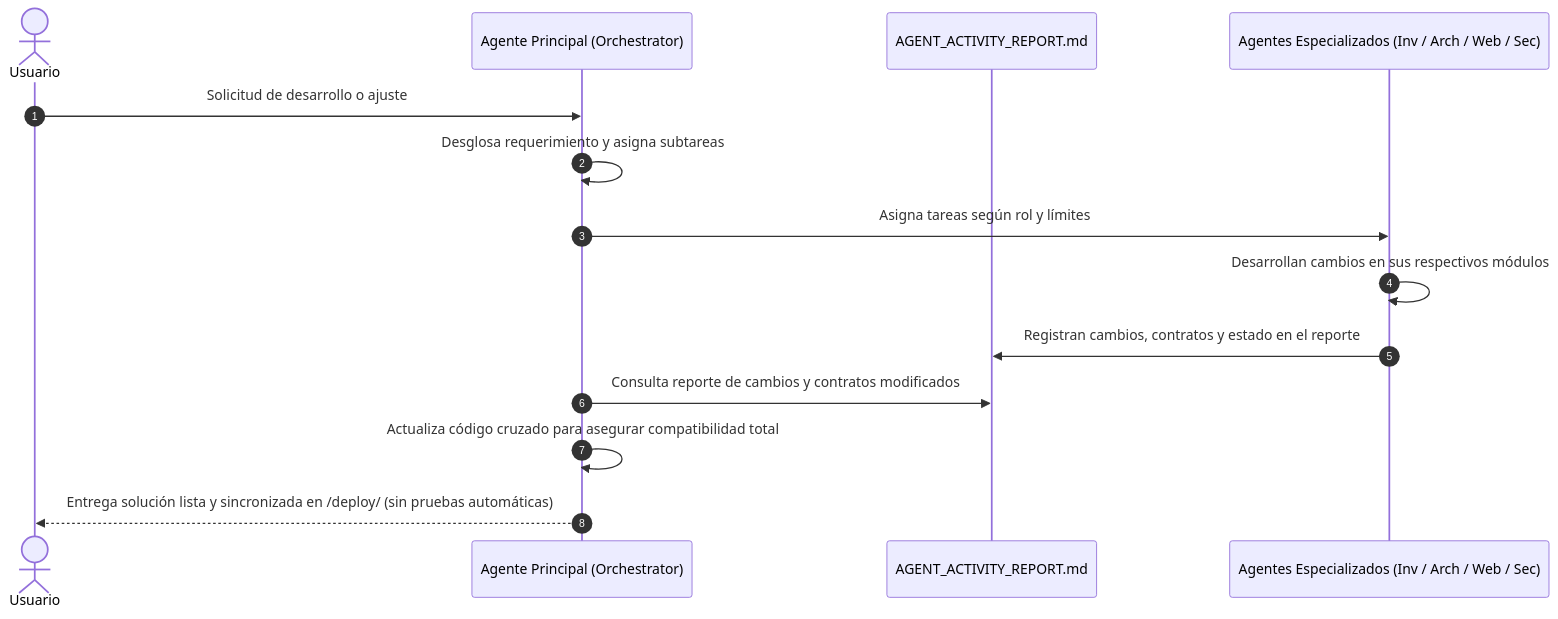
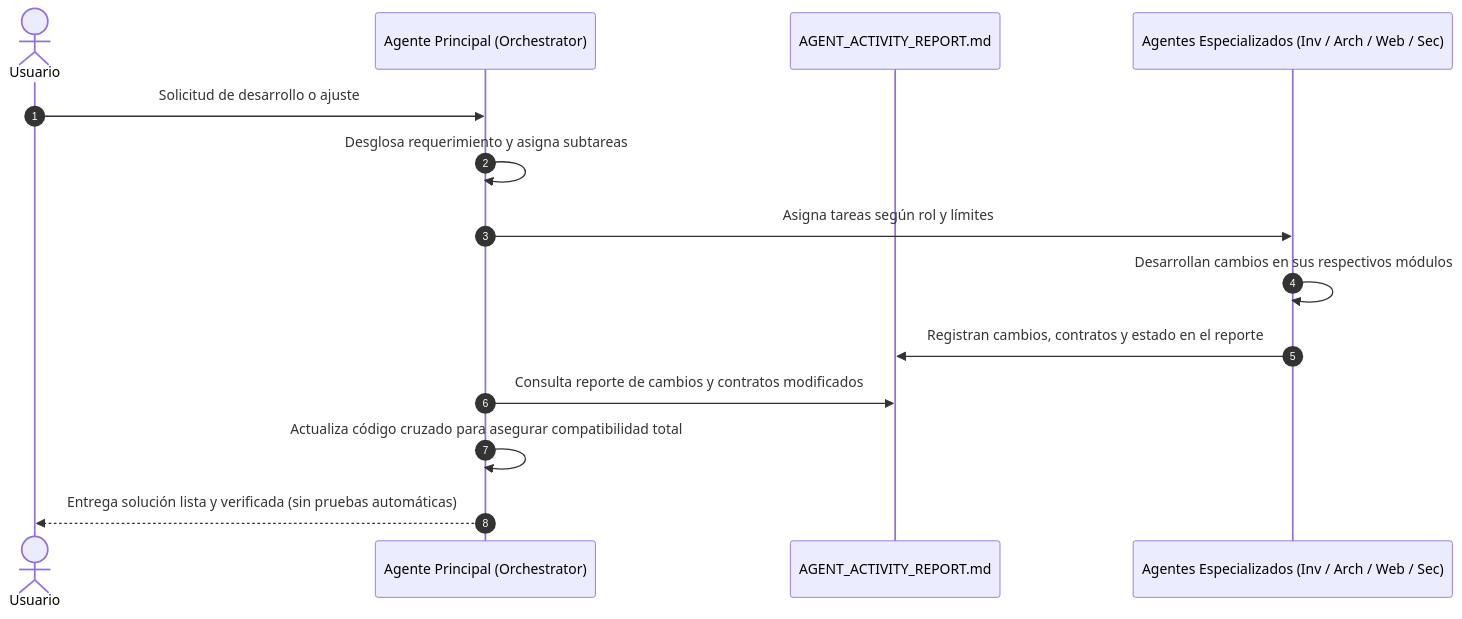
One commit to cyber89/meshcore-bridge-client changed the diagram in AGENTS.md. Above: the diagram before and after it, drawn with Mermaid. The commit also changed other lines of this file and 200 other files, not shown here.

````diff
--- a/AGENTS.md
+++ b/AGENTS.md
@@ -134,19 +133,19 @@
 ```mermaid
 sequenceDiagram
     autonumber
     actor Usuario
     participant Principal as Agente Principal (Orchestrator)
     participant Ledger as AGENT_ACTIVITY_REPORT.md
     participant Subagentes as Agentes Especializados (Inv / Arch / Web / Sec)
 
     Usuario->>Principal: Solicitud de desarrollo o ajuste
     Principal->>Principal: Desglosa requerimiento y asigna subtareas
     Principal->>Subagentes: Asigna tareas según rol y límites
     
     Subagentes->>Subagentes: Desarrollan cambios en sus respectivos módulos
     Subagentes->>Ledger: Registran cambios, contratos y estado en el reporte
     
     Principal->>Ledger: Consulta reporte de cambios y contratos modificados
     Principal->>Principal: Actualiza código cruzado para asegurar compatibilidad total
-    Principal-->>Usuario: Entrega solución lista y sincronizada en /deploy/ (sin pruebas automáticas)
+    Principal-->>Usuario: Entrega solución lista y verificada (sin pruebas automáticas)
 ```
````
